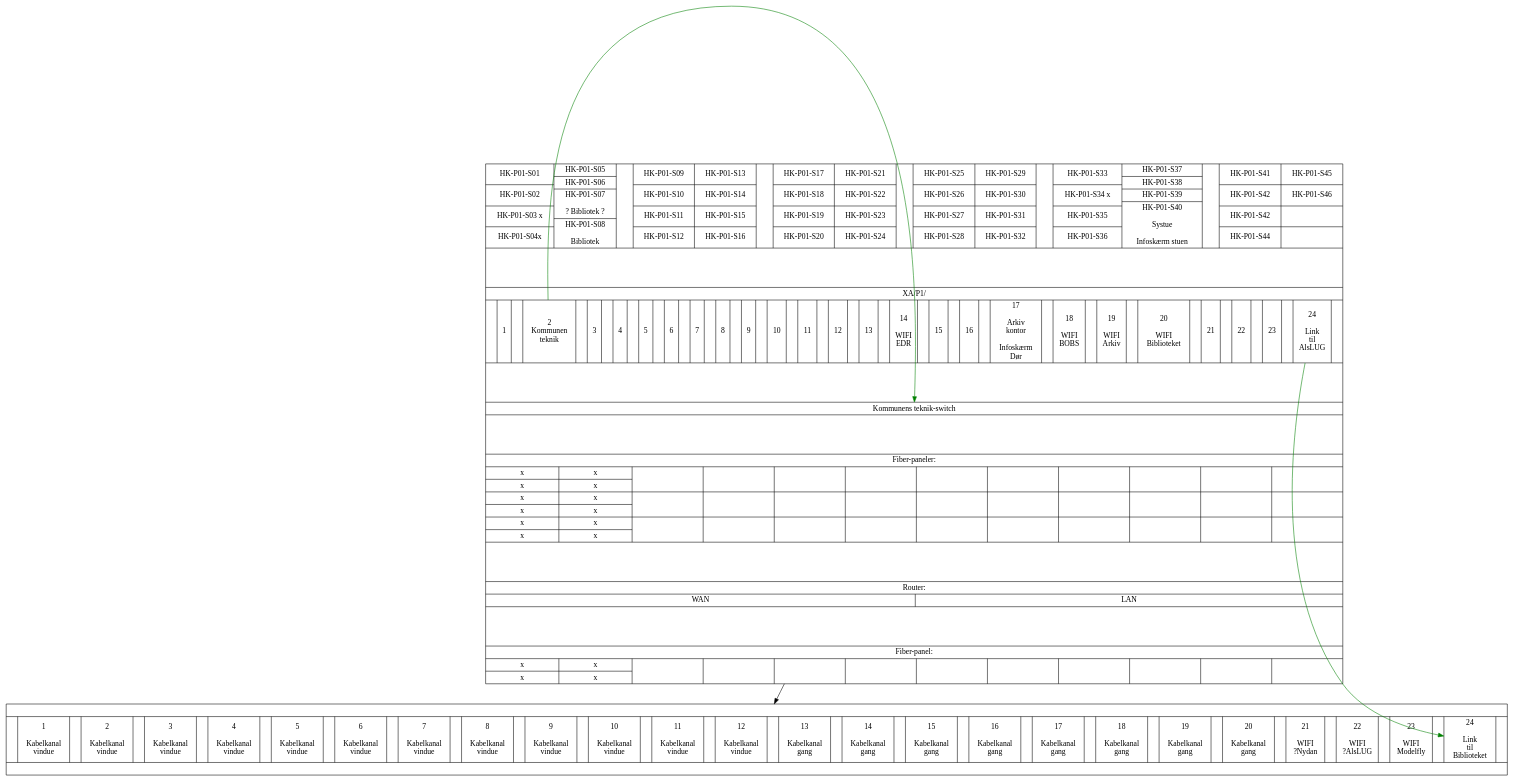
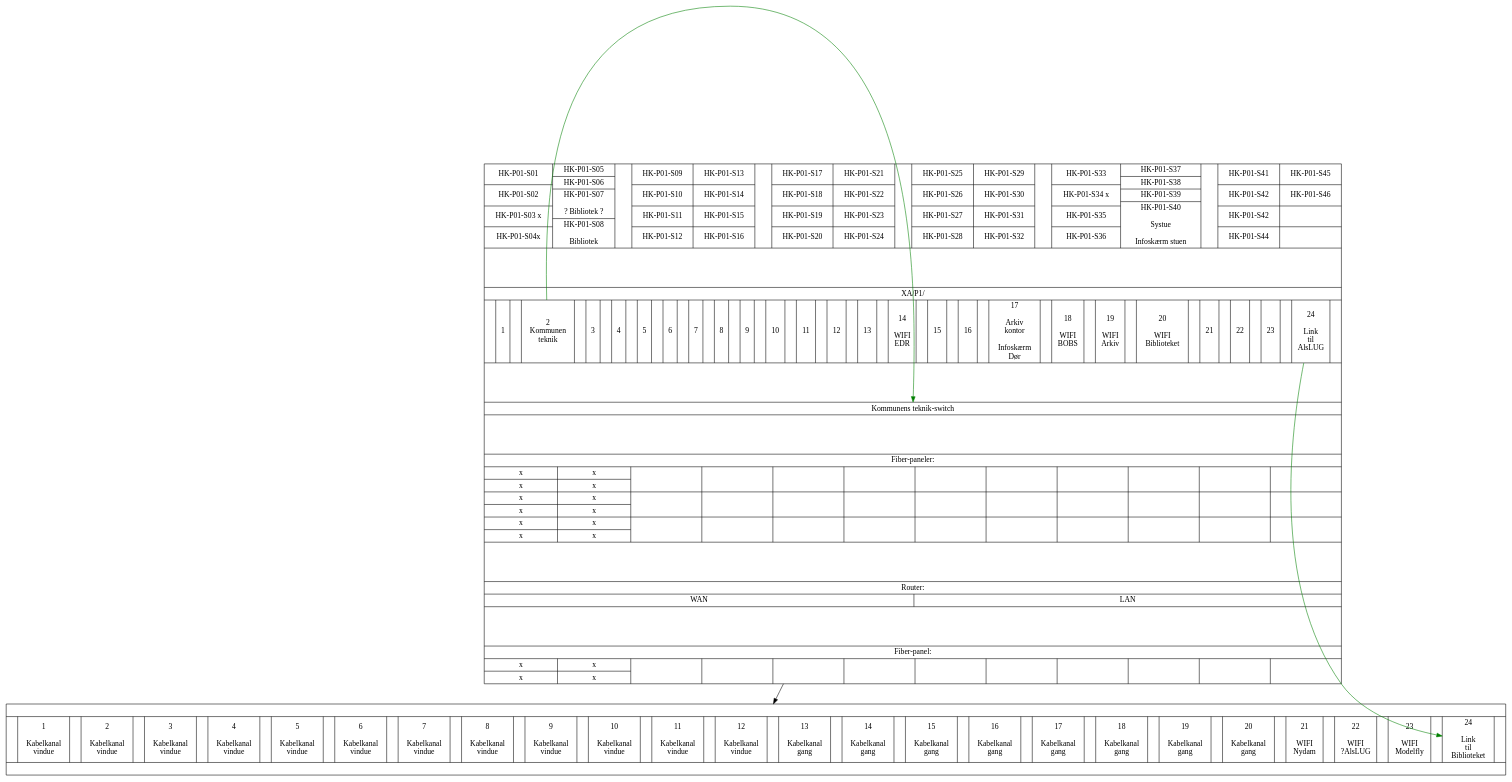
One commit to alslug/alslug.dk changed the diagram in projekter/patch-paneler.dot. Above: the diagram before and after it, drawn with Graphviz.

```diff
--- a/projekter/patch-paneler.dot
+++ b/projekter/patch-paneler.dot
@@ -1,140 +1,140 @@
 digraph xxx {
   bib_patch [ shape=record label="{
   					{
 						{HK-P01-S01|HK-P01-S02|HK-P01-S03 x|HK-P01-S04x}|
 						{HK-P01-S05|HK-P01-S06|HK-P01-S07\n\n? Bibliotek ?|HK-P01-S08\n\nBibliotek}||
 						
 						{HK-P01-S09|HK-P01-S10|HK-P01-S11|HK-P01-S12}|
 						{HK-P01-S13|HK-P01-S14|HK-P01-S15|HK-P01-S16}||
 						
 						{HK-P01-S17|HK-P01-S18|HK-P01-S19|HK-P01-S20}|
 						{HK-P01-S21|HK-P01-S22|HK-P01-S23|HK-P01-S24}||
 						
 						{HK-P01-S25|HK-P01-S26|HK-P01-S27|HK-P01-S28}|
 						{HK-P01-S29|HK-P01-S30|HK-P01-S31|HK-P01-S32}||
 						
 						{HK-P01-S33|HK-P01-S34 x|HK-P01-S35|HK-P01-S36}|
 						{HK-P01-S37|HK-P01-S38|HK-P01-S39|HK-P01-S40\n\nSystue\n\nInfoskærm stuen}||
 						
 						{HK-P01-S41|HK-P01-S42|HK-P01-S42|HK-P01-S44}|
 						{HK-P01-S45|HK-P01-S46||}
 					}
 					|\n\n\n\n|XA/P1/|
 					{|
 							<xa_p1_1> 1
 						||
 							<xa_p1_2> 2 \nKommunen\nteknik
 						||
 							<xa_p1_3> 3
 						||
 							<xa_p1_4> 4
 						||
 							<xa_p1_5> 5
 						||
 							<xa_p1_6> 6
 						||
 							<xa_p1_7> 7
 						||
 							<xa_p1_8> 8
 						||
 							<xa_p1_9> 9
 						||
 							<xa_p1_10> 10
 						||
 							<xa_p1_11> 11
 						||
 							<xa_p1_12> 12
 						||
 							<xa_p1_13> 13
 						||
 							<xa_p1_14> 14 \n\nWIFI\nEDR
 						||
 							<xa_p1_15> 15
 						||
 							<xa_p1_16> 16
 						||
 							<xa_p1_15> 17 \n\nArkiv\nkontor\n\nInfoskærm\nDør
 						||
 							<xa_p1_18> 18 \n\nWIFI\nBOBS
 						||
 							<xa_p1_19> 19 \n\nWIFI\nArkiv
 						||
 							<xa_p1_20> 20 \n\nWIFI\nBiblioteket
 						||
 							<xa_p1_21> 21
 						||
 							<xa_p1_22> 22
 						||
 							<xa_p1_23> 23
 						||
 							<xa_p1_24> 24\n\nLink\ntil\nAlsLUG
 						|}
 					|\n\n\n\n|
 					<kom_switch>Kommunens teknik-switch
 					|\n\n\n\n|Fiber-paneler:
 					|
 					{{x|x}|{x|x}||||||||||}
 					|
 					{{x|x}|{x|x}||||||||||}
 					|
 					{{x|x}|{x|x}||||||||||}
 					|\n\n\n\n|Router:|
 					{WAN|LAN}
 					|\n\n\n\n|Fiber-panel:|
 					{{x|x}|{x|x}||||||||||}
 				   }" ];
   alslug_patch [ shape=record label="{
 					|{|
 						<1> 1 \n\nKabelkanal\nvindue
 					||
 						<2> 2 \n\nKabelkanal\nvindue
 					||
 						<3> 3 \n\nKabelkanal\nvindue
 					||
 						<4> 4 \n\nKabelkanal\nvindue
 					||
 						<5> 5 \n\nKabelkanal\nvindue
 					||
 						<6> 6 \n\nKabelkanal\nvindue
 					||
 						<7> 7 \n\nKabelkanal\nvindue
 					||
 						<8> 8 \n\nKabelkanal\nvindue
 					||
 						<9> 9 \n\nKabelkanal\nvindue
 					||
 						<10> 10 \n\nKabelkanal\nvindue
 					||
 						<11> 11 \n\nKabelkanal\nvindue
 					||
 						<12> 12 \n\nKabelkanal\nvindue
 					||
 						<13> 13 \n\nKabelkanal\ngang
 					||
 						<14> 14 \n\nKabelkanal\ngang
 					||
 						<15> 15 \n\nKabelkanal\ngang
 					||
 						<16> 16 \n\nKabelkanal\ngang
 					||
 						<17> 17 \n\nKabelkanal\ngang
 					||
 						<18> 18 \n\nKabelkanal\ngang
 					||
 						<19> 19 \n\nKabelkanal\ngang
 					||
 						<20> 20 \n\nKabelkanal\ngang
 					||
-						<21> 21 \n\nWIFI\n?Nydan
+						<21> 21 \n\nWIFI\nNydam
 					||
 						<22> 22 \n\nWIFI\n?AlsLUG
 					||
 						<23> 23 \n\nWIFI\nModelfly
 					||
 						<24> 24 \n\nLink\ntil\nBiblioteket
 					|}|
                                       }" ];
   bib_patch -> alslug_patch;
   bib_patch:xa_p1_2 -> bib_patch:kom_switch [ color=green ];
   bib_patch:xa_p1_24 -> alslug_patch:24 [ color=green ];
 }
```
